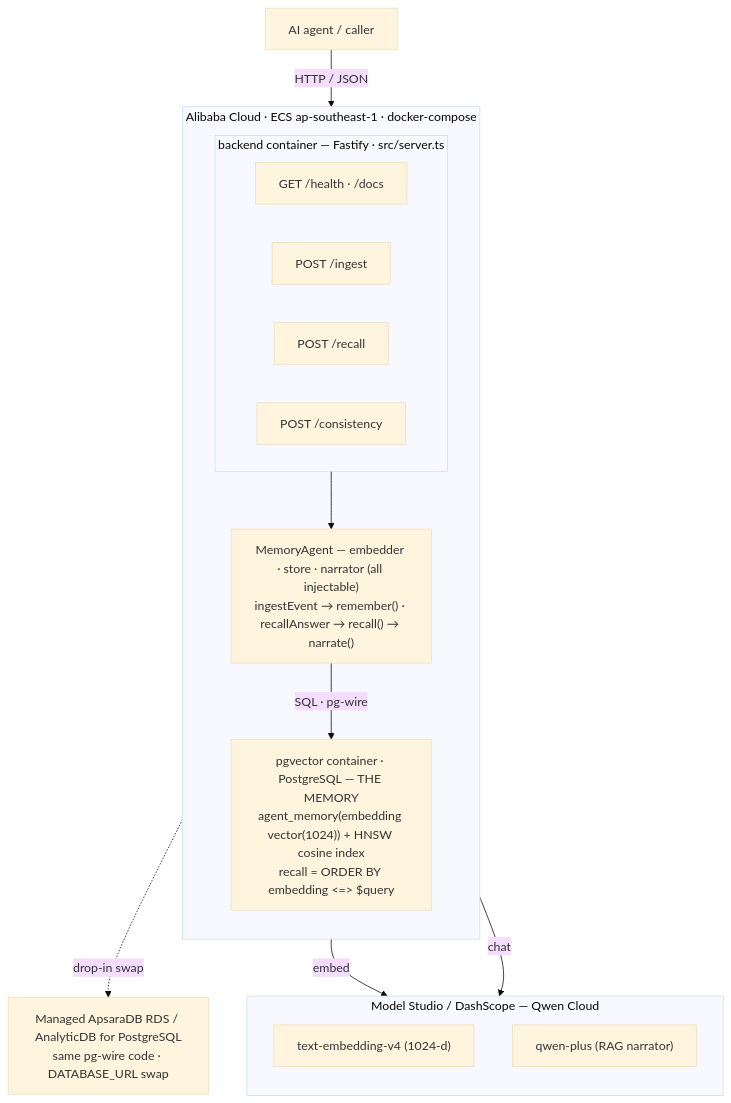
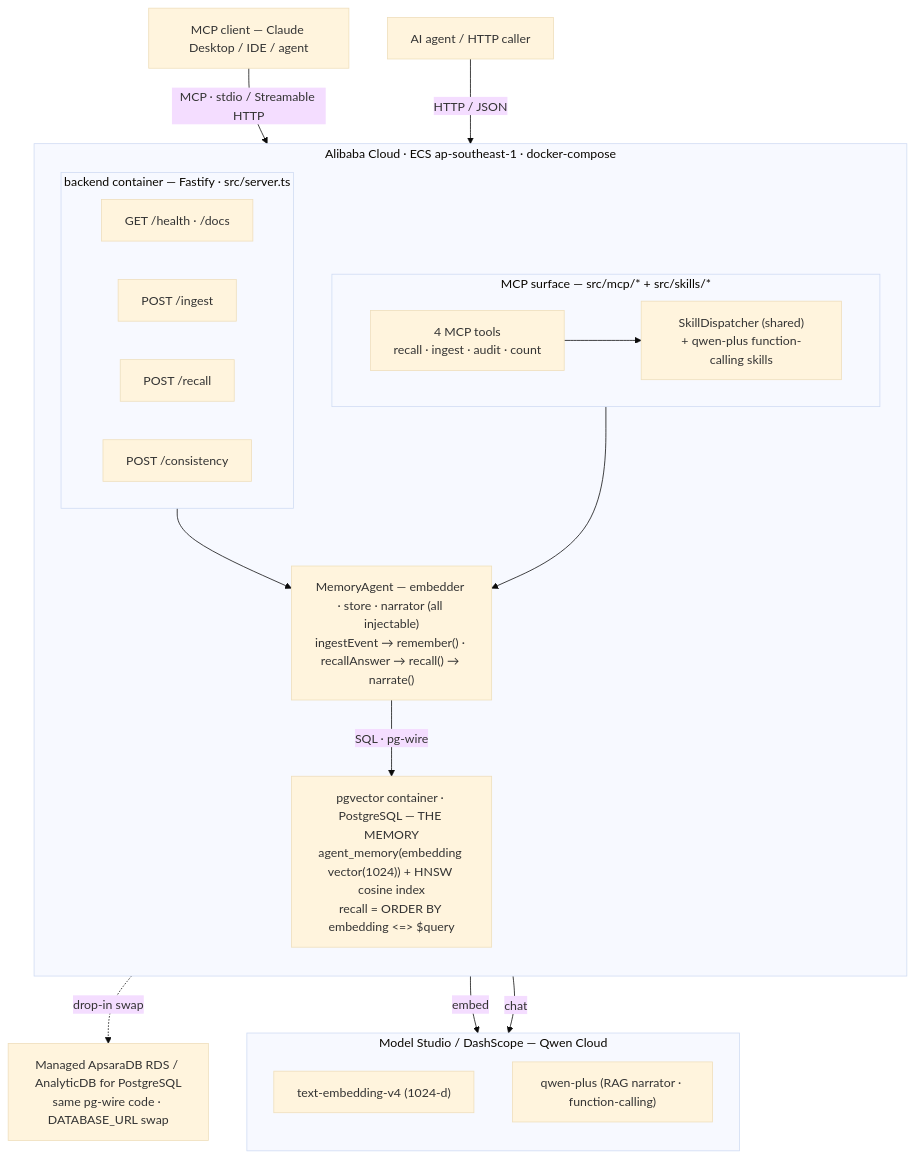
Before and after one commit to upgradedev/archon-qwen-memoryagent: the diagram in README.md, drawn with Mermaid (base theme). The commit also changed other lines of this file and 10 other files, not shown here.

First line of the commit message:
feat(mcp): MCP server + qwen-plus custom-skills layer over shared memory core (#29)

````diff
--- a/README.md
+++ b/README.md
@@ -162,32 +162,41 @@
 ```mermaid
 flowchart TB
-    Agent["AI agent / caller"]
+    Agent["AI agent / HTTP caller"]
+    MCPClient["MCP client — Claude Desktop / IDE / agent"]
 
     subgraph ECS["Alibaba Cloud · ECS ap-southeast-1 · docker-compose"]
         direction TB
         subgraph API["backend container — Fastify · src/server.ts"]
             direction LR
             H["GET /health · /docs"]
             I["POST /ingest"]
             R["POST /recall"]
             C["POST /consistency"]
         end
+        subgraph MCPSURF["MCP surface — src/mcp/* + src/skills/*"]
+            direction LR
+            MT["4 MCP tools<br/>recall · ingest · audit · count"]
+            SK["SkillDispatcher (shared)<br/>+ qwen-plus function-calling skills"]
+        end
         MA["MemoryAgent — embedder · store · narrator (all injectable)<br/>ingestEvent → remember() · recallAnswer → recall() → narrate()"]
         DB["pgvector container · PostgreSQL — THE MEMORY<br/>agent_memory(embedding vector(1024)) + HNSW cosine index<br/>recall = ORDER BY embedding &lt;=&gt; $query"]
     end
 
     subgraph QWEN["Model Studio / DashScope — Qwen Cloud"]
         direction TB
         EMB["text-embedding-v4 (1024-d)"]
-        LLM["qwen-plus (RAG narrator)"]
+        LLM["qwen-plus (RAG narrator · function-calling)"]
     end
 
     RDS["Managed ApsaraDB RDS / AnalyticDB for PostgreSQL<br/>same pg-wire code · DATABASE_URL swap"]
 
     Agent -->|HTTP / JSON| API
+    MCPClient -->|MCP · stdio / Streamable HTTP| MT
+    MT --> SK
     API --> MA
+    SK --> MA
     MA -->|embed| EMB
     MA -->|chat| LLM
     MA -->|SQL · pg-wire| DB
     DB -. drop-in swap .-> RDS
 ```
````
